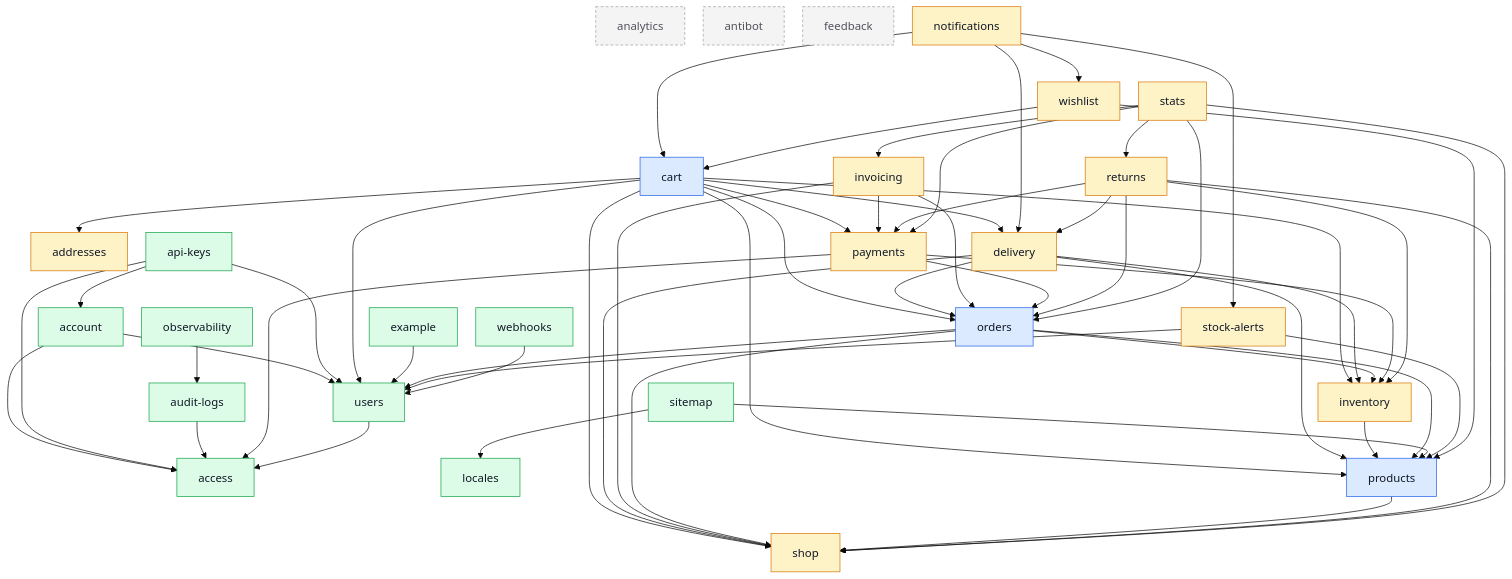
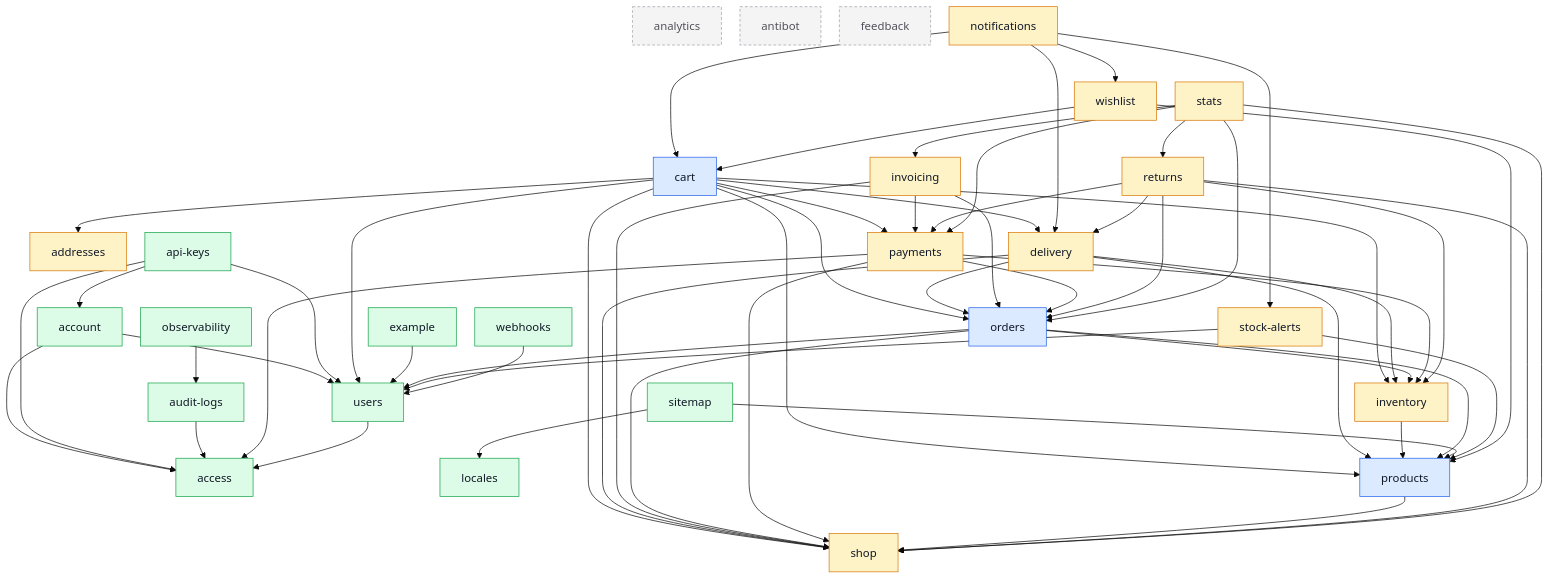
Before and after one commit to Guebbit/boilerplate-node-backend: the diagram in docs/modules/index.md, drawn with Mermaid (base theme). The commit also changed other lines of this file and 2 other files, not shown here.

Commit message:
docs(payments): regenerate the dependency lists for payments reading the shop zone

```diff
--- a/docs/modules/index.md
+++ b/docs/modules/index.md
@@ -103,6 +103,7 @@
     payments --> access
     payments --> inventory
     payments --> orders
+    payments --> shop
     products --> shop
     returns --> delivery
     returns --> inventory
```
